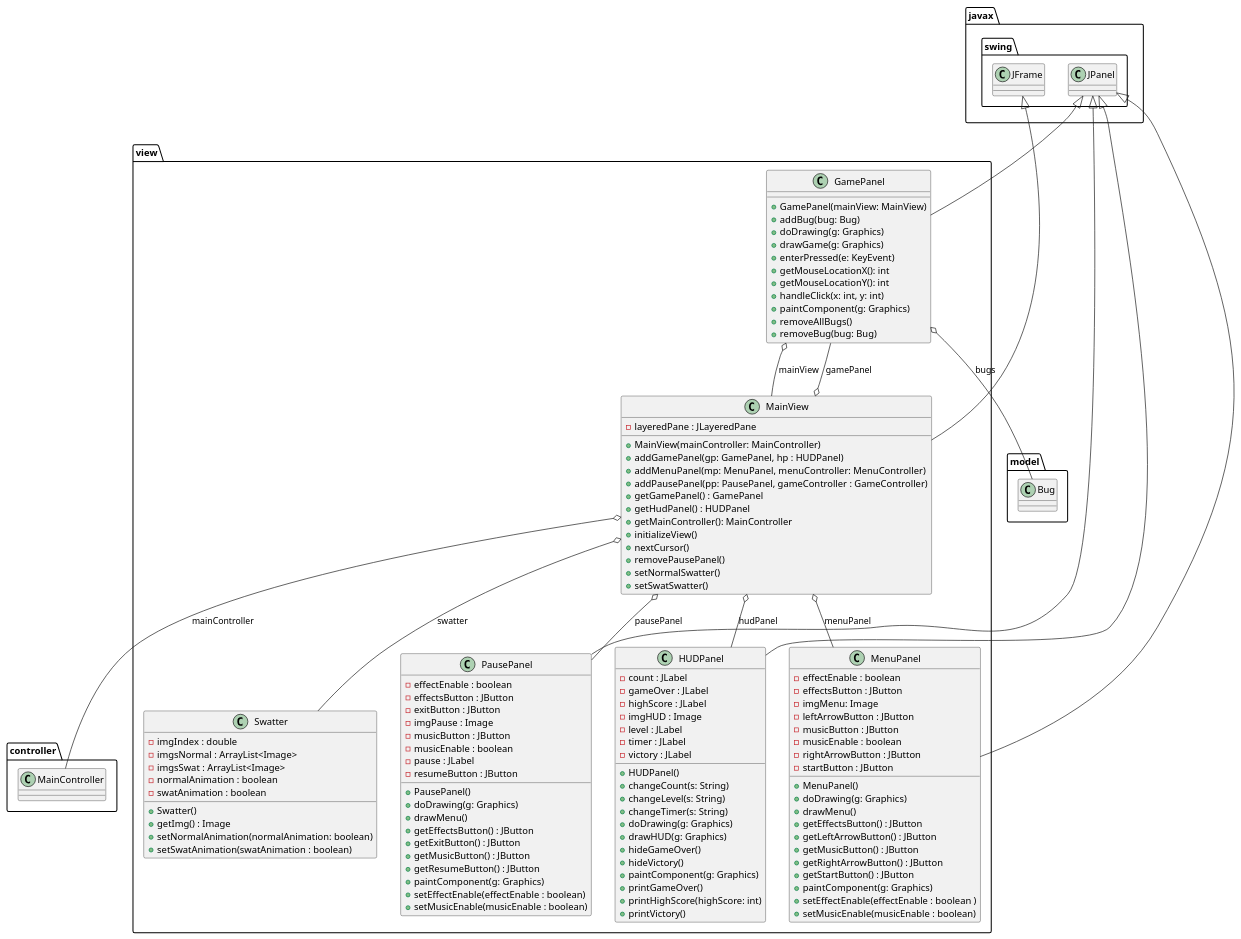
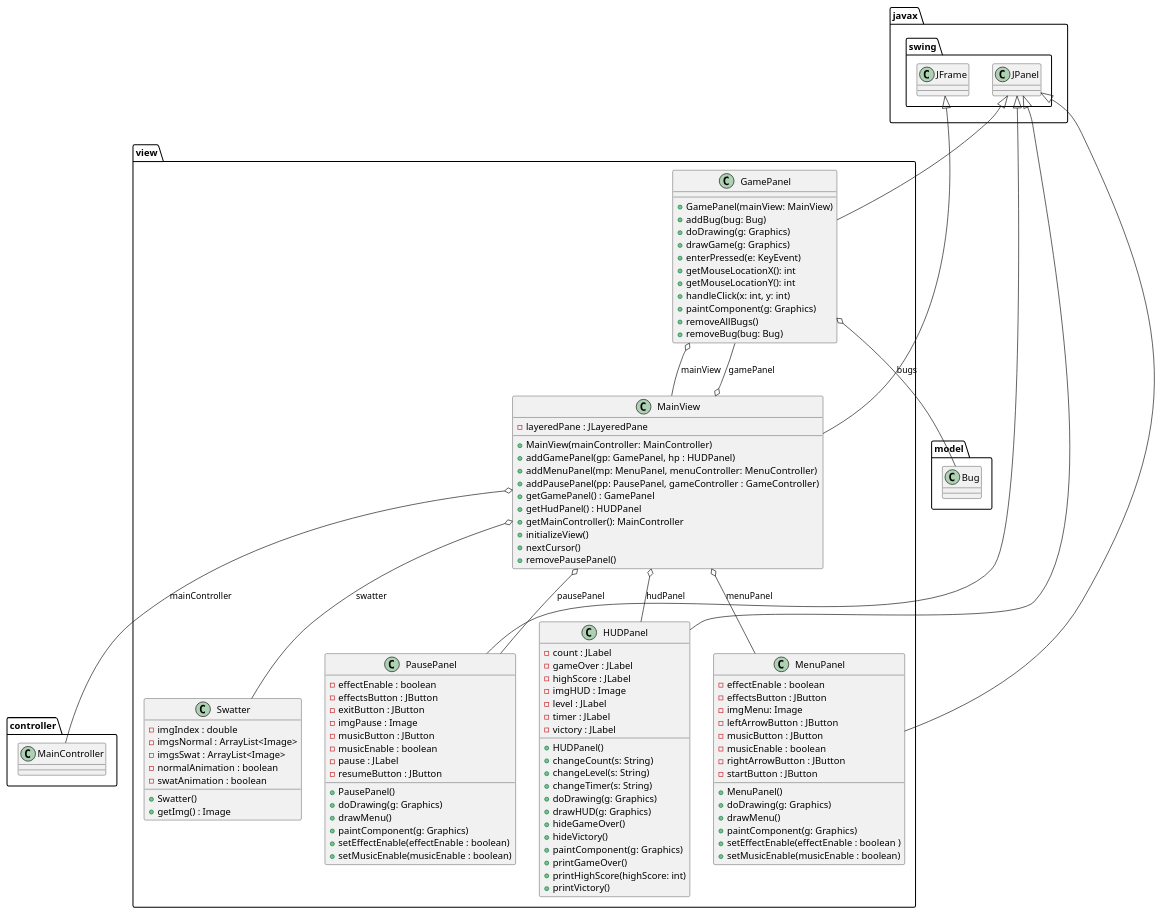
One commit to lcintini/JFlySwatter changed the diagram in src/view/view.plantuml. Above: the diagram before and after it, drawn with PlantUML. The commit also changed 54 other files, not shown here.

```diff
--- a/src/view/view.plantuml
+++ b/src/view/view.plantuml
@@ -1,146 +1,133 @@
 @startuml
 
 
 
   namespace view {
       class view.GamePanel {
           + GamePanel(mainView: MainView)
           + addBug(bug: Bug)
           + doDrawing(g: Graphics)
           + drawGame(g: Graphics)
           + enterPressed(e: KeyEvent)
           + getMouseLocationX(): int
           + getMouseLocationY(): int
           + handleClick(x: int, y: int)
           + paintComponent(g: Graphics)
           + removeAllBugs()
           + removeBug(bug: Bug)
       }
     }
   
 
   namespace view {
       class view.HUDPanel {
           - count : JLabel
           - gameOver : JLabel
           - highScore : JLabel
           - imgHUD : Image
           - level : JLabel
           - timer : JLabel
           - victory : JLabel
           + HUDPanel()
           + changeCount(s: String)
           + changeLevel(s: String)
           + changeTimer(s: String)
           + doDrawing(g: Graphics)
           + drawHUD(g: Graphics)
           + hideGameOver()
           + hideVictory()
           + paintComponent(g: Graphics)
           + printGameOver()
           + printHighScore(highScore: int)
           + printVictory()
       }
     }
   
 
  namespace view {
       class view.MainView {
           - layeredPane : JLayeredPane
           + MainView(mainController: MainController)
           + addGamePanel(gp: GamePanel, hp : HUDPanel)
           + addMenuPanel(mp: MenuPanel, menuController: MenuController)
           + addPausePanel(pp: PausePanel, gameController : GameController)
           + getGamePanel() : GamePanel
           + getHudPanel() : HUDPanel
           + getMainController(): MainController
           + initializeView()
           + nextCursor()
           + removePausePanel()
-          + setNormalSwatter()
-          + setSwatSwatter()
       }
     }
   
 
   namespace view {
       class view.MenuPanel {
           - effectEnable : boolean
           - effectsButton : JButton
           - imgMenu: Image
           - leftArrowButton : JButton
           - musicButton : JButton
           - musicEnable : boolean
           - rightArrowButton : JButton
           - startButton : JButton
           + MenuPanel()
           + doDrawing(g: Graphics)
           + drawMenu()
-          + getEffectsButton() : JButton
-          + getLeftArrowButton() : JButton
-          + getMusicButton() : JButton
-          + getRightArrowButton() : JButton
-          + getStartButton() : JButton
           + paintComponent(g: Graphics)
           + setEffectEnable(effectEnable : boolean )
           + setMusicEnable(musicEnable : boolean)
       }
     }
   
 
   namespace view {
       class view.PausePanel {
           - effectEnable : boolean
           - effectsButton : JButton
           - exitButton : JButton
           - imgPause : Image
           - musicButton : JButton
           - musicEnable : boolean
           - pause : JLabel
           - resumeButton : JButton
           + PausePanel()
           + doDrawing(g: Graphics)
           + drawMenu()
-          + getEffectsButton() : JButton
-          + getExitButton() : JButton
-          + getMusicButton() : JButton
-          + getResumeButton() : JButton
           + paintComponent(g: Graphics)
           + setEffectEnable(effectEnable : boolean)
           + setMusicEnable(musicEnable : boolean)
       }
     }
   
 
   namespace view {
       class view.Swatter {
           - imgIndex : double
           - imgsNormal : ArrayList<Image>
           - imgsSwat : ArrayList<Image>
           - normalAnimation : boolean
           - swatAnimation : boolean
           + Swatter()
           + getImg() : Image
-          + setNormalAnimation(normalAnimation: boolean)
-          + setSwatAnimation(swatAnimation : boolean)
       }
     }
   
 
   view.GamePanel -up-|> javax.swing.JPanel
   view.GamePanel o-- view.MainView : mainView
   view.HUDPanel -up-|> javax.swing.JPanel
   view.MainView -up-|> javax.swing.JFrame
   view.MainView o-- view.GamePanel : gamePanel
   view.MainView o-- view.HUDPanel : hudPanel
   view.MainView o-- controller.MainController : mainController
   view.MainView o-- view.MenuPanel : menuPanel
   view.MainView o-- view.PausePanel : pausePanel
   view.MainView o-- view.Swatter : swatter
   view.MenuPanel -up-|> javax.swing.JPanel
   view.PausePanel -up-|> javax.swing.JPanel
     view.GamePanel o-- model.Bug : bugs
 
 
 
 @enduml
```
